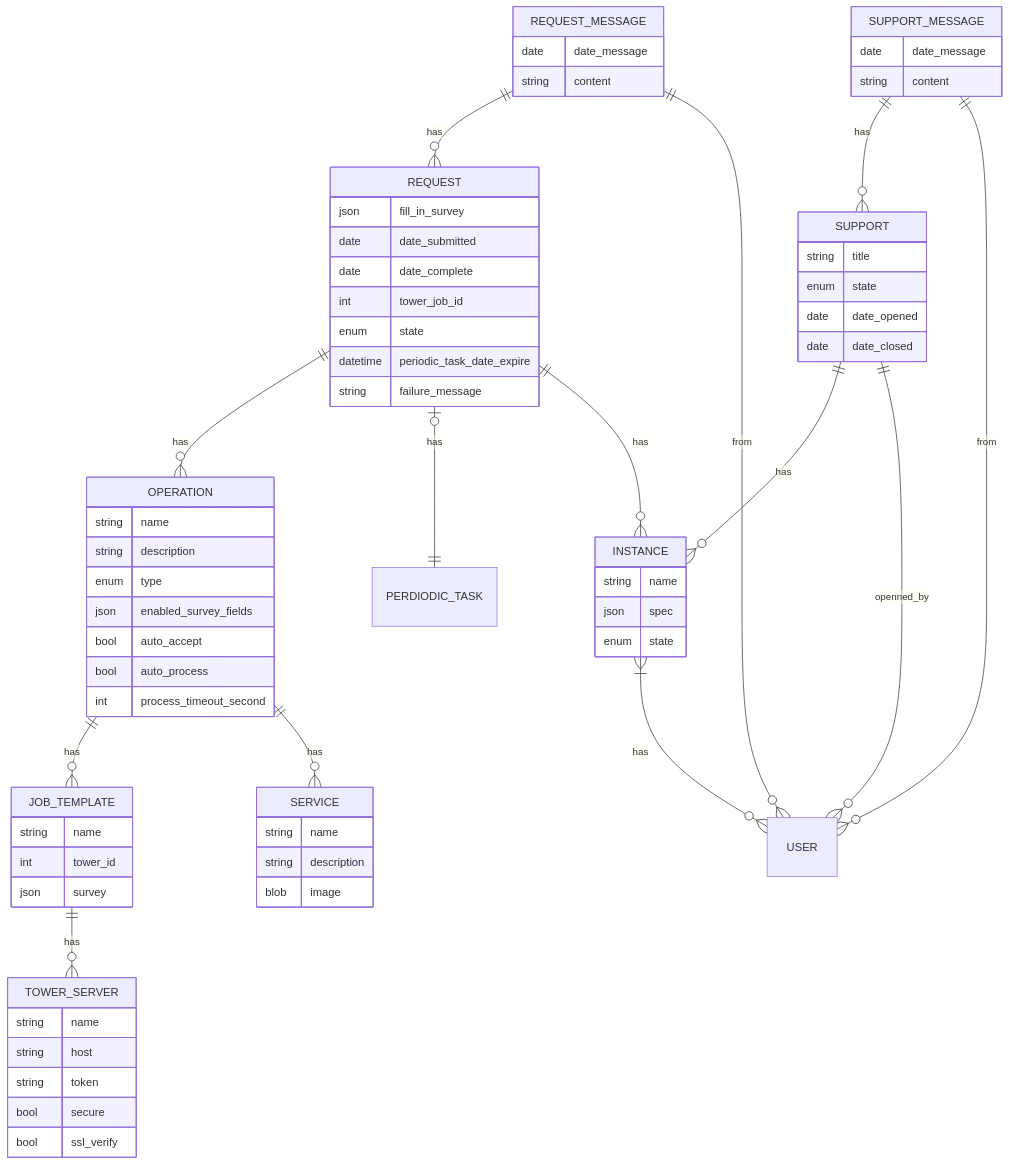
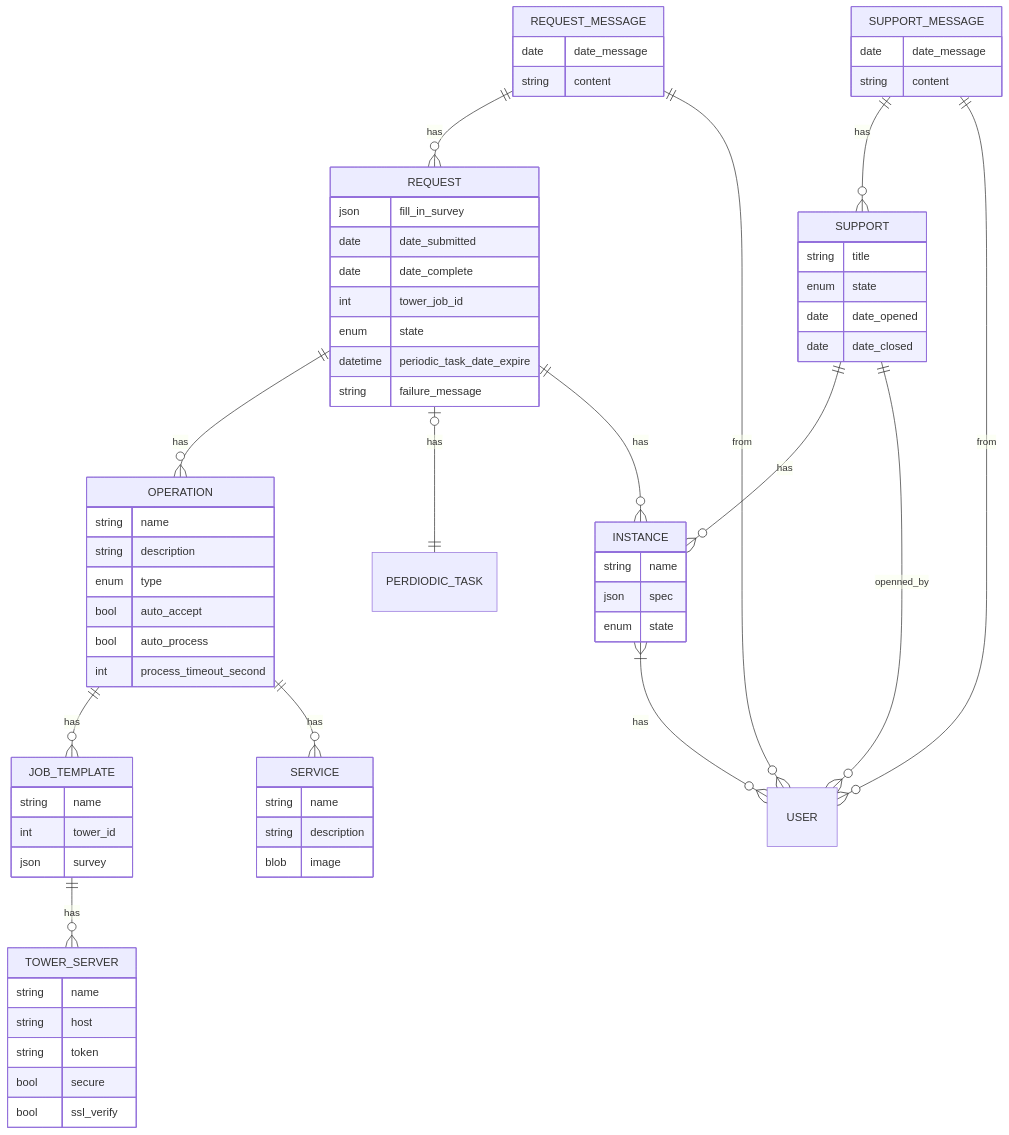
The diagram in docs/dev/db-erd.md (HewlettPackard/squest), drawn with Mermaid before and after one commit. The commit also changed 29 other files, not shown here.

Commit message:
[Internal] refactoring enabled_survey_field json to a model

````diff
--- a/docs/dev/db-erd.md
+++ b/docs/dev/db-erd.md
@@ -3,79 +3,78 @@
 ```mermaid
 erDiagram
     TOWER_SERVER {
         string name
         string host
         string token
         bool secure
         bool ssl_verify
     }
     
     JOB_TEMPLATE {
         string name
         int tower_id
         json survey
     }
     
     OPERATION {
         string name
         string description
         enum type
-        json enabled_survey_fields
         bool auto_accept
         bool auto_process
         int process_timeout_second
     }
     
     SERVICE {
         string name
         string description
         blob image
     }
     
     REQUEST {
         json fill_in_survey
         date date_submitted
         date date_complete
         int tower_job_id
         enum state
         datetime periodic_task_date_expire
         string failure_message
     }
     
     INSTANCE {
         string name
         json spec
         enum state
     }
     
     SUPPORT {
         string title
         enum state
         date date_opened
         date date_closed
     }
     
     REQUEST_MESSAGE {
         date date_message
         string content
     }
     
     SUPPORT_MESSAGE {
         date date_message
         string content
     }
     
     JOB_TEMPLATE ||--o{ TOWER_SERVER: has
     OPERATION ||--o{ JOB_TEMPLATE: has
     OPERATION ||--o{ SERVICE: has
     REQUEST ||--o{ OPERATION: has
     REQUEST |o--|| PERDIODIC_TASK: has
     REQUEST ||--o{ INSTANCE: has
     INSTANCE }|--o{ USER: has
     SUPPORT ||--o{ INSTANCE: has
     SUPPORT ||--o{ USER: openned_by
     REQUEST_MESSAGE ||--o{ REQUEST: has
     REQUEST_MESSAGE ||--o{ USER: from
     SUPPORT_MESSAGE ||--o{ SUPPORT: has
     SUPPORT_MESSAGE ||--o{ USER: from
 ```
````
